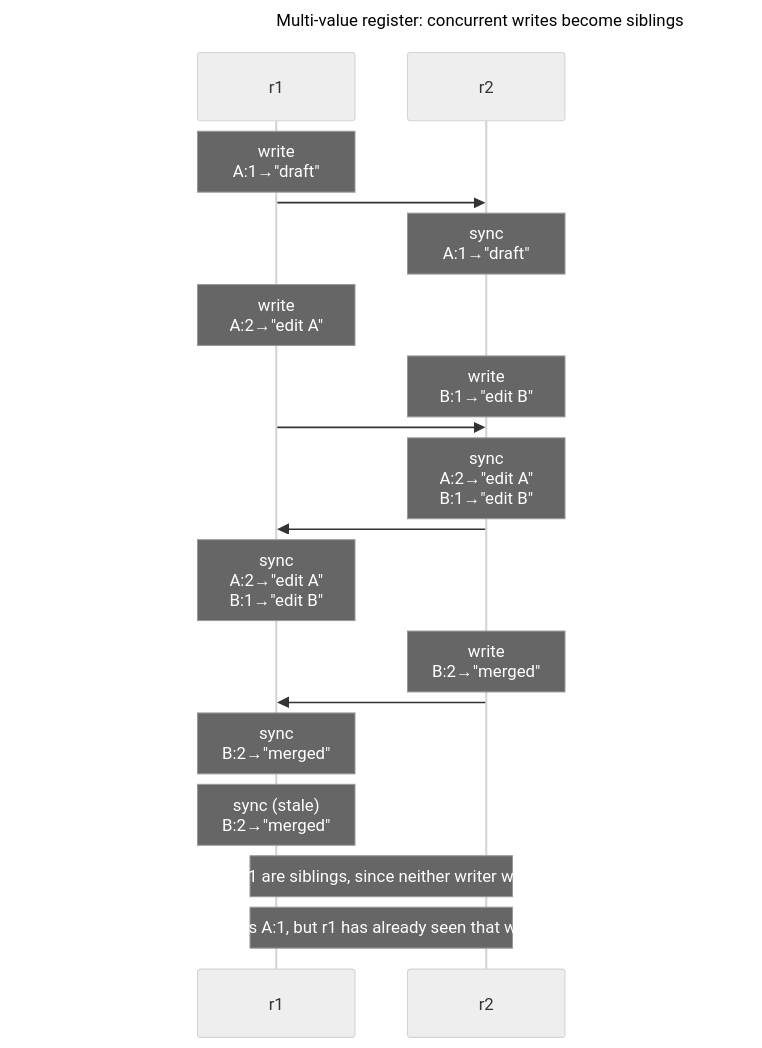
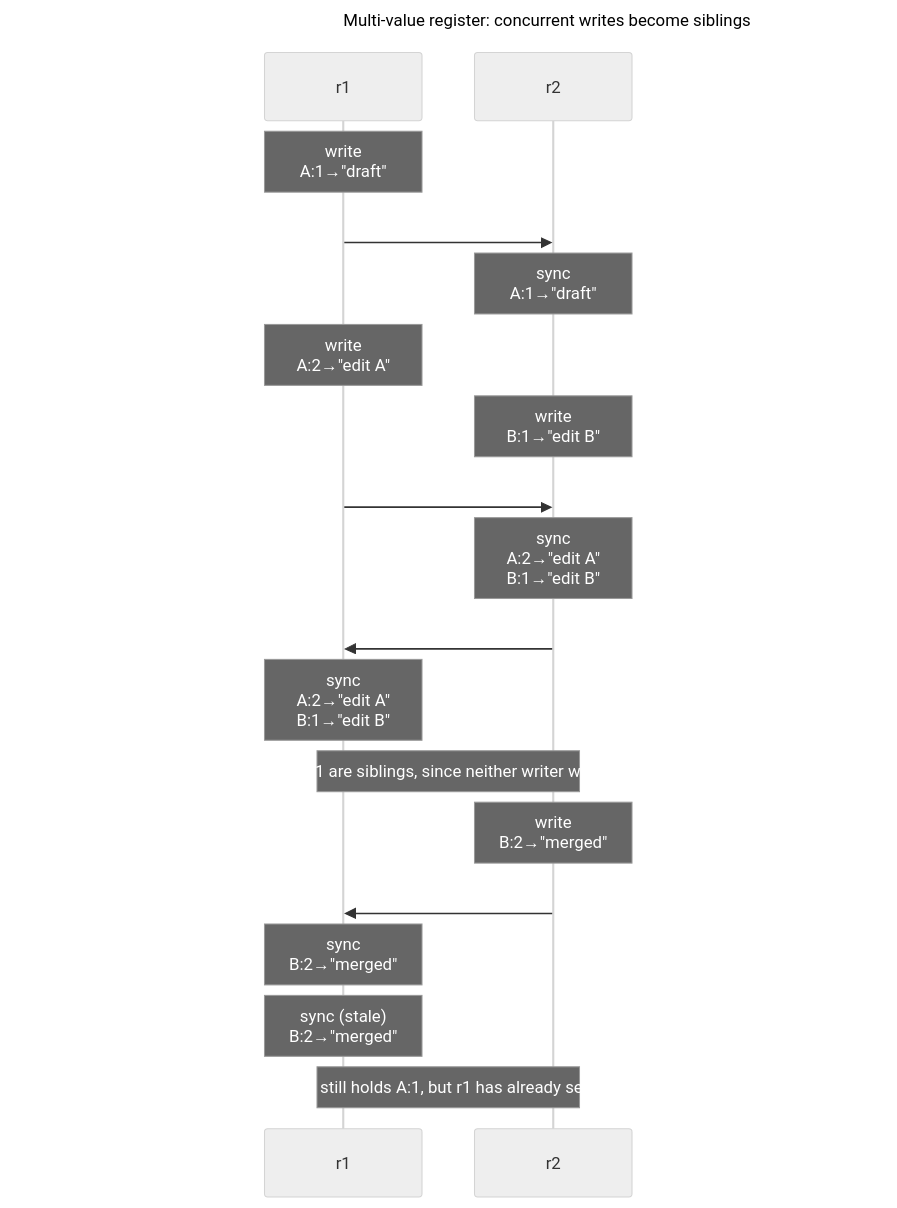
The diagram in figures/mv-register-siblings.mmd (sploiselle/rust-algs), drawn with Mermaid (neutral theme) before and after one commit. The commit also changed 17 other files, not shown here.

```diff
--- a/figures/mv-register-siblings.mmd
+++ b/figures/mv-register-siblings.mmd
@@ -1,21 +1,21 @@
 ---
 title: "Multi-value register: concurrent writes become siblings"
 ---
 sequenceDiagram
-    participant r1 as r1
-    participant r2 as r2
-    Note over r1: write<br/>A:1→"draft"
-    r1->>r2: 
-    Note over r2: sync<br/>A:1→"draft"
-    Note over r1: write<br/>A:2→"edit A"
-    Note over r2: write<br/>B:1→"edit B"
-    r1->>r2: 
-    Note over r2: sync<br/>A:2→"edit A"<br/>B:1→"edit B"
-    r2->>r1: 
-    Note over r1: sync<br/>A:2→"edit A"<br/>B:1→"edit B"
-    Note over r2: write<br/>B:2→"merged"
-    r2->>r1: 
-    Note over r1: sync<br/>B:2→"merged"
-    Note over r1: sync (stale)<br/>B:2→"merged"
-    Note over r2,r1: r1 and r2 agree: A:2 and B:1 are siblings, since neither writer was shown the other's value
-    Note over r2,r1: a copy of r2 taken here still holds A:1, but r1 has already seen that write, so "draft" is not resurrected
+    participant L0 as r1
+    participant L1 as r2
+    Note over L0: write<br/>A:1→"draft"
+    L0->>L1: #8203;
+    Note over L1: sync<br/>A:1→"draft"
+    Note over L0: write<br/>A:2→"edit A"
+    Note over L1: write<br/>B:1→"edit B"
+    L0->>L1: #8203;
+    Note over L1: sync<br/>A:2→"edit A"<br/>B:1→"edit B"
+    L1->>L0: #8203;
+    Note over L0: sync<br/>A:2→"edit A"<br/>B:1→"edit B"
+    Note over L1,L0: r1 and r2 agree: A:2 and B:1 are siblings, since neither writer was shown the other's value
+    Note over L1: write<br/>B:2→"merged"
+    L1->>L0: #8203;
+    Note over L0: sync<br/>B:2→"merged"
+    Note over L0: sync (stale)<br/>B:2→"merged"
+    Note over L1,L0: a copy of r2 taken right after its first sync still holds A:1, but r1 has already seen that write, so "draft" is not resurrected
```
